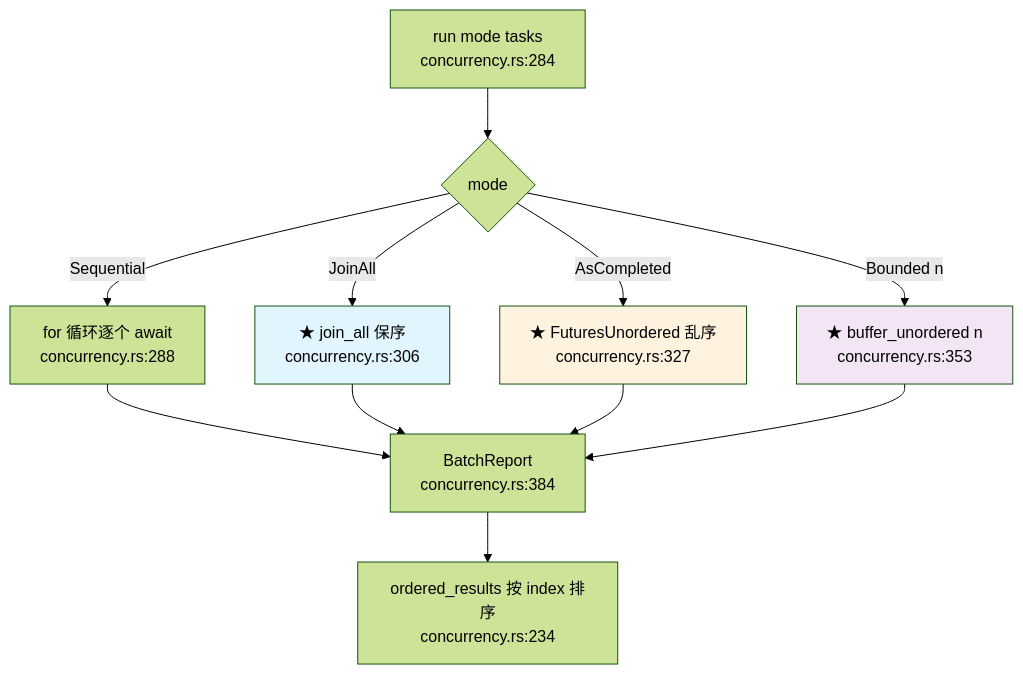
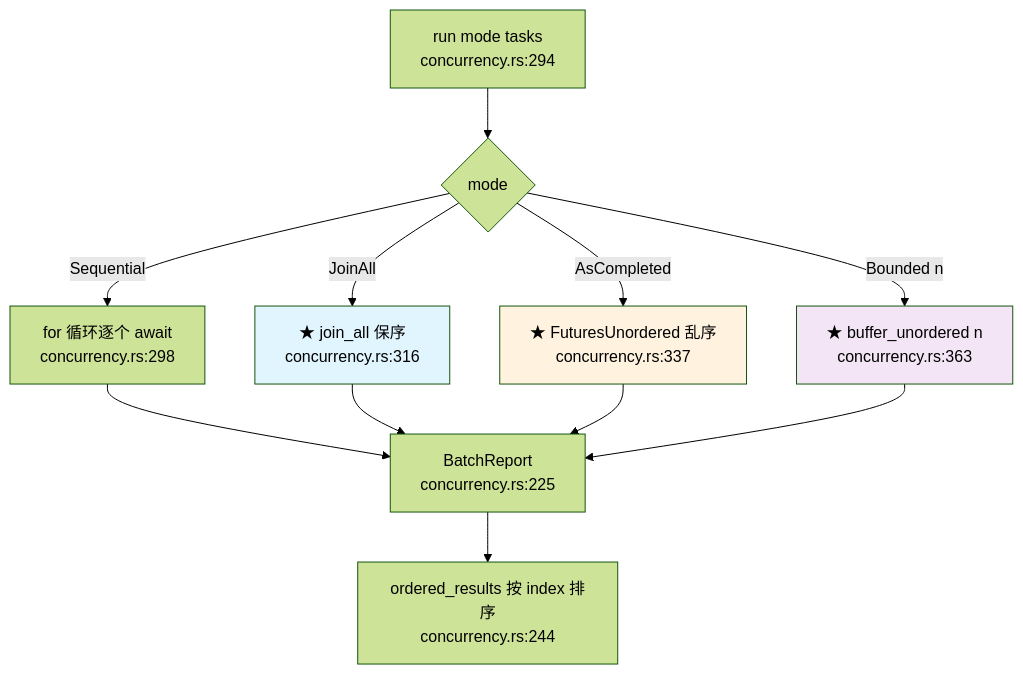
One commit to heheshang/agent-learn changed the sixth of 7 diagrams in 22-agent-async/README.md. Above: the diagram before and after it, drawn with Mermaid (forest theme). The commit also changed other lines of this file and 33 other files, not shown here.

````diff
--- a/22-agent-async/README.md
+++ b/22-agent-async/README.md
@@ -570,15 +576,15 @@
 ```mermaid
 graph TD
-    A["run mode tasks<br/>concurrency.rs:284"] --> B{"mode"}
-    B -->|Sequential| C["for 循环逐个 await<br/>concurrency.rs:288"]
-    B -->|JoinAll| D["★ join_all 保序<br/>concurrency.rs:306"]
-    B -->|AsCompleted| E["★ FuturesUnordered 乱序<br/>concurrency.rs:327"]
-    B -->|Bounded n| F["★ buffer_unordered n<br/>concurrency.rs:353"]
+    A["run mode tasks<br/>concurrency.rs:294"] --> B{"mode"}
+    B -->|Sequential| C["for 循环逐个 await<br/>concurrency.rs:298"]
+    B -->|JoinAll| D["★ join_all 保序<br/>concurrency.rs:316"]
+    B -->|AsCompleted| E["★ FuturesUnordered 乱序<br/>concurrency.rs:337"]
+    B -->|Bounded n| F["★ buffer_unordered n<br/>concurrency.rs:363"]
 
-    C & D & E & F --> G["BatchReport<br/>concurrency.rs:384"]
-    G --> H["ordered_results 按 index 排序<br/>concurrency.rs:234"]
+    C & D & E & F --> G["BatchReport<br/>concurrency.rs:225"]
+    G --> H["ordered_results 按 index 排序<br/>concurrency.rs:244"]
 
     style D fill:#e1f5fe
     style E fill:#fff3e0
     style F fill:#f3e5f5
 ```
````
